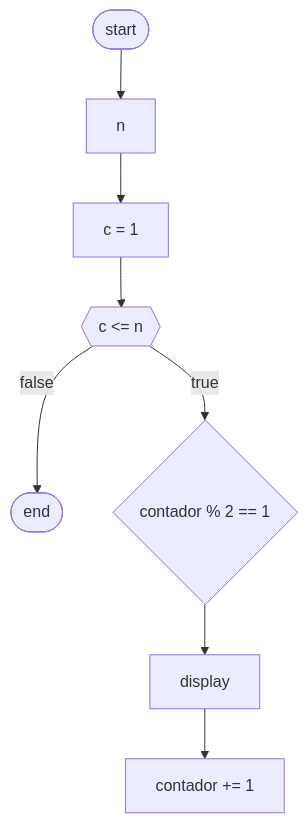
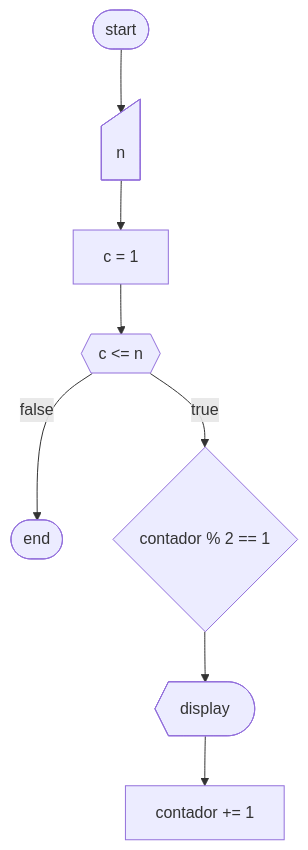
One commit to kf-martins-uel/algoritmos-atividade1 changed the third of 3 diagrams in Parte-3/README.md. Above: the diagram before and after it, drawn with Mermaid. The commit also changed other lines of this file and 10 other files, not shown here.

````diff
--- a/Parte-3/README.md
+++ b/Parte-3/README.md
@@ -106,6 +118,6 @@
     ```mermaid
     flowchart TB
-        start([start]) --> n@{shape:manual-input} --> contador["c = 1"] --> for{{"c <= n"}}
+        start([start]) --> n@{shape: manual-input} --> contador["c = 1"] --> for{{"c <= n"}}
         for -->|false| fim([end])
-        for -->|true| if{"contador % 2 == 1"} --> display@{shape:display, label:contador} --> inc["contador += 1"]
+        for -->|true| if{"contador % 2 == 1"} --> display@{shape: display, label:contador} --> inc["contador += 1"]
     ```
````
